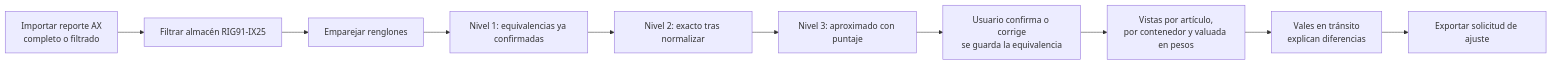
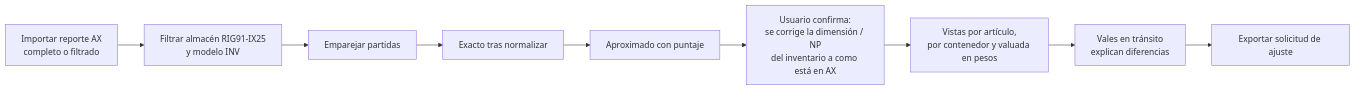
The third of 3 diagrams in docs/05-flujos.md (mrketchupp/Control-almacen), drawn with Mermaid before and after one commit. The commit also changed other lines of this file and 48 other files, not shown here.

````diff
--- a/docs/05-flujos.md
+++ b/docs/05-flujos.md
@@ -139,12 +139,11 @@
 ```mermaid
 flowchart LR
-    A[Importar reporte AX<br/>completo o filtrado] --> B[Filtrar almacén RIG91-IX25]
-    B --> C[Emparejar renglones]
-    C --> C1[Nivel 1: equivalencias ya confirmadas]
-    C1 --> C2[Nivel 2: exacto tras normalizar]
-    C2 --> C3[Nivel 3: aproximado con puntaje]
-    C3 --> D[Usuario confirma o corrige<br/>se guarda la equivalencia]
+    A[Importar reporte AX<br/>completo o filtrado] --> B[Filtrar almacén RIG91-IX25<br/>y modelo INV]
+    B --> C[Emparejar partidas]
+    C --> C2[Exacto tras normalizar]
+    C2 --> C3[Aproximado con puntaje]
+    C3 --> D[Usuario confirma:<br/>se corrige la dimensión / NP<br/>del inventario a como está en AX]
     D --> E[Vistas por artículo,<br/>por contenedor y valuada en pesos]
     E --> F[Vales en tránsito<br/>explican diferencias]
     F --> G[Exportar solicitud de ajuste]
 ```
````
